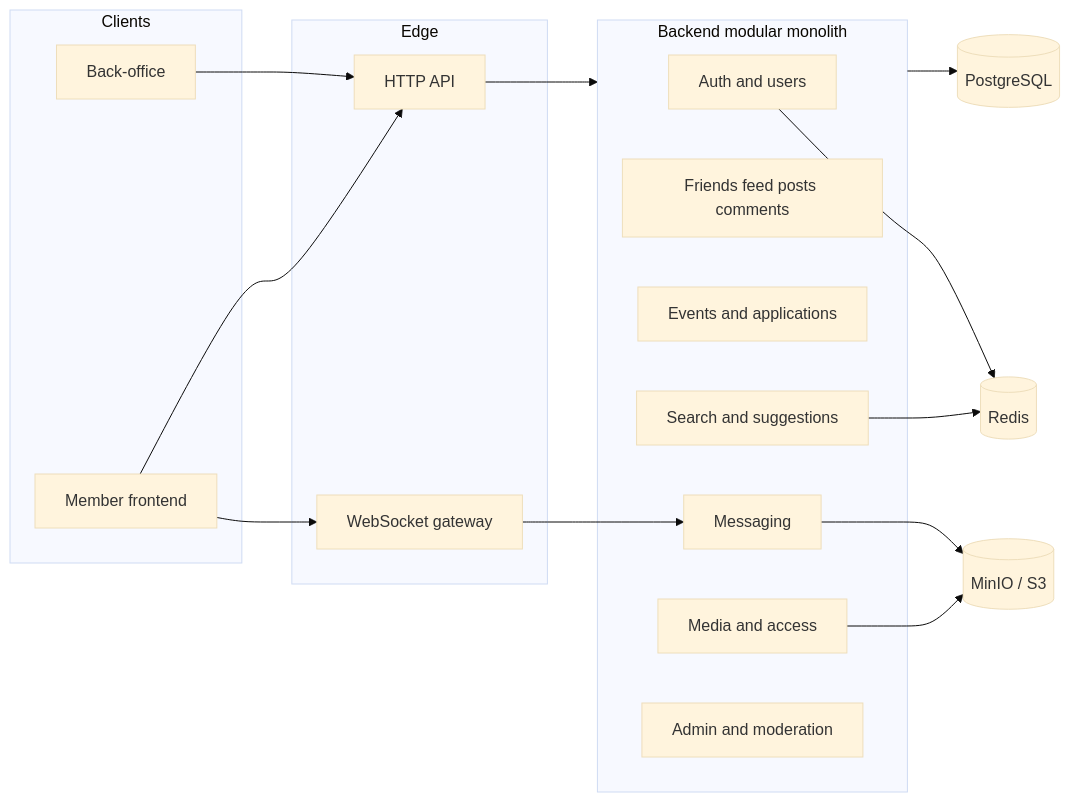
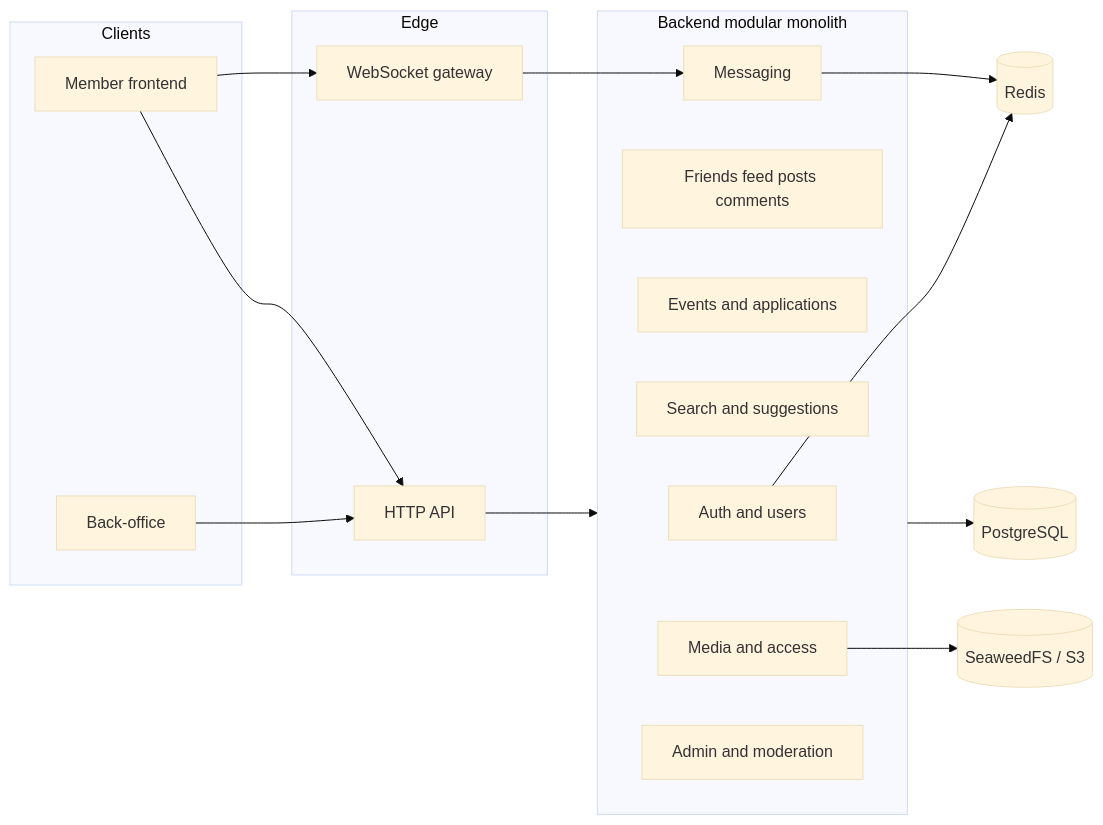
The diagram in 20-Architecture/01-Software-architecture.md (Projet-de-compensation-2025-2026/gym-buddy-documentation), drawn with Mermaid (base theme) before and after one commit. The commit also changed other lines of this file and 85 other files, not shown here.

````diff
--- a/20-Architecture/01-Software-architecture.md
+++ b/20-Architecture/01-Software-architecture.md
@@ -12,37 +7,36 @@
 ```mermaid
 flowchart LR
   subgraph clients [Clients]
     FE[Member frontend]
     BO[Back-office]
   end
 
   subgraph edge [Edge]
     API[HTTP API]
     WS[WebSocket gateway]
   end
 
   subgraph app [Backend modular monolith]
     Auth[Auth and users]
     Social[Friends feed posts comments]
     Events[Events and applications]
     Search[Search and suggestions]
     Chat[Messaging]
     Media[Media and access]
     Admin[Admin and moderation]
   end
 
   DB[(PostgreSQL)]
-  OBJ[(MinIO / S3)]
+  OBJ[(SeaweedFS / S3)]
   REDIS[(Redis)]
 
   FE --> API
   FE --> WS
   BO --> API
   API --> app
   WS --> Chat
   app --> DB
   Media --> OBJ
-  Chat --> OBJ
-  Search --> REDIS
+  Chat --> REDIS
   Auth --> REDIS
 ```
````
